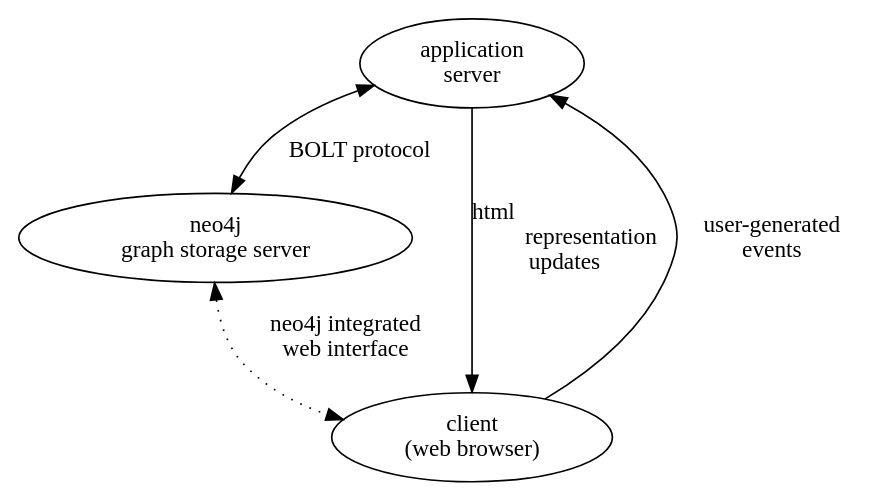
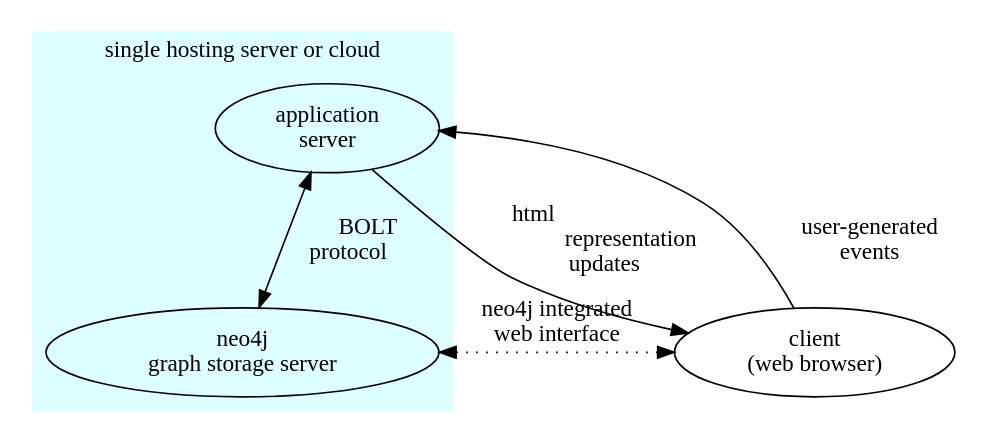
The diagram in doc/architecture.dot (ponyatov/HGE), drawn with Graphviz before and after one commit. The commit also changed 1 other file, not shown here.

Commit message:
+ cluster

```diff
--- a/doc/architecture.dot
+++ b/doc/architecture.dot
@@ -1,10 +1,14 @@
 digraph architecture {
+subgraph cluster_hosting {
+label = "single hosting server or cloud";
+color="#DDFFFF"; style=filled;
 app [label="application\nserver"];
 neo4j [label="neo4j\ngraph storage server"];
-app -> neo4j [dir=both,label=" BOLT protocol"];
+app -> neo4j [dir=both,label=" BOLT\rprotocol"];
+}
 client [label="client\n(web browser)"];
 client -> app [label=" user-generated\n events"];
 app -> client [label=" html\l representation\rupdates"]; 
 neo4j -> client [style=dotted,dir=both,label=" neo4j integrated\nweb interface"];
 
 }
```
